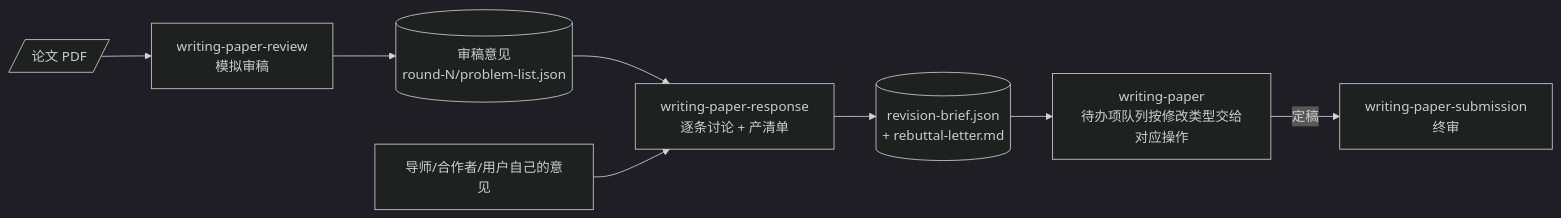
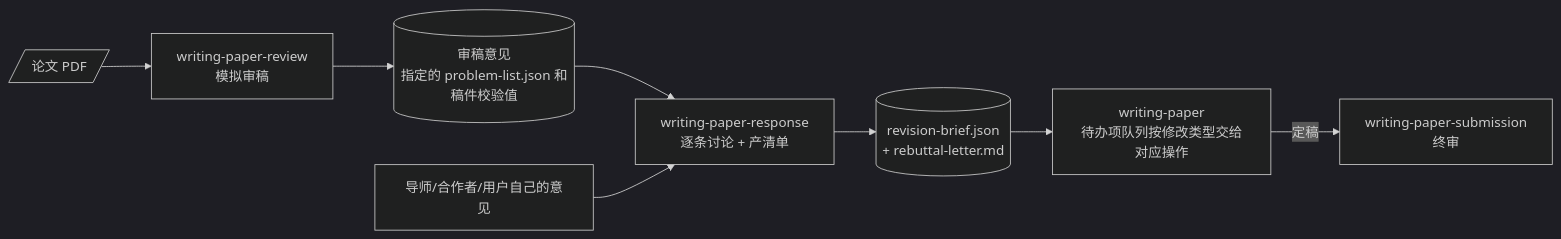
The first of 2 diagrams in plugins/dl-assistant/skills/writing-paper-response/SKILL.md (jackwang0108/dl-assistant), drawn with Mermaid (dark theme) before and after one commit. The commit also changed other lines of this file and 32 other files, not shown here.

````diff
--- a/plugins/dl-assistant/skills/writing-paper-response/SKILL.md
+++ b/plugins/dl-assistant/skills/writing-paper-response/SKILL.md
@@ -30,10 +30,10 @@
 ```mermaid
 flowchart LR
     PDF[/论文 PDF/] --> WPR["writing-paper-review<br/>模拟审稿"]
-    WPR --> COMM[("审稿意见<br/>round-N/problem-list.json")]
+    WPR --> COMM[("审稿意见<br/>指定的 problem-list.json 和稿件校验值")]
     COMM --> WRESP["writing-paper-response<br/>逐条讨论 + 产清单"]
     ADV["导师/合作者/用户自己的意见"] --> WRESP
     WRESP --> RBRIEF[("revision-brief.json<br/>+ rebuttal-letter.md")]
     RBRIEF --> WP["writing-paper<br/>待办项队列按修改类型交给对应操作"]
     WP -->|定稿| WPS["writing-paper-submission<br/>终审"]
 ```
````
